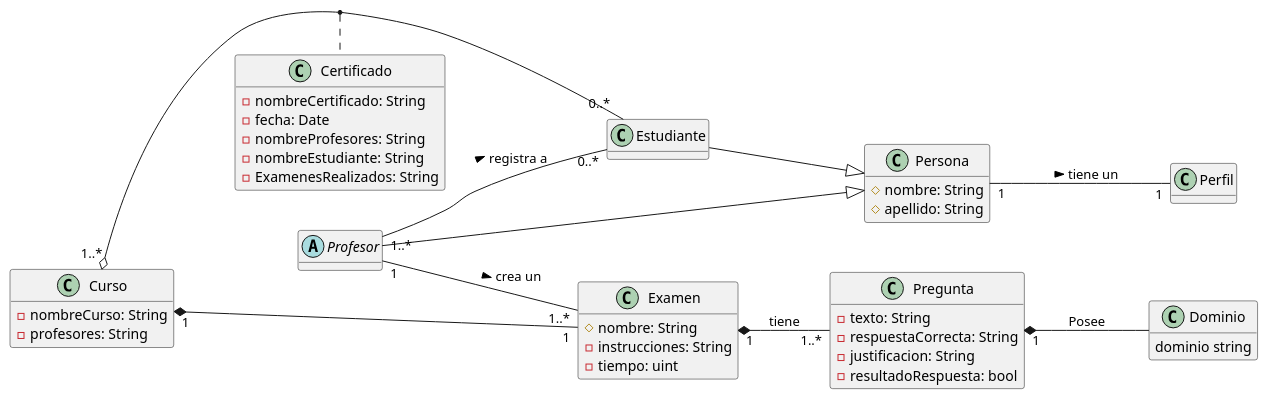
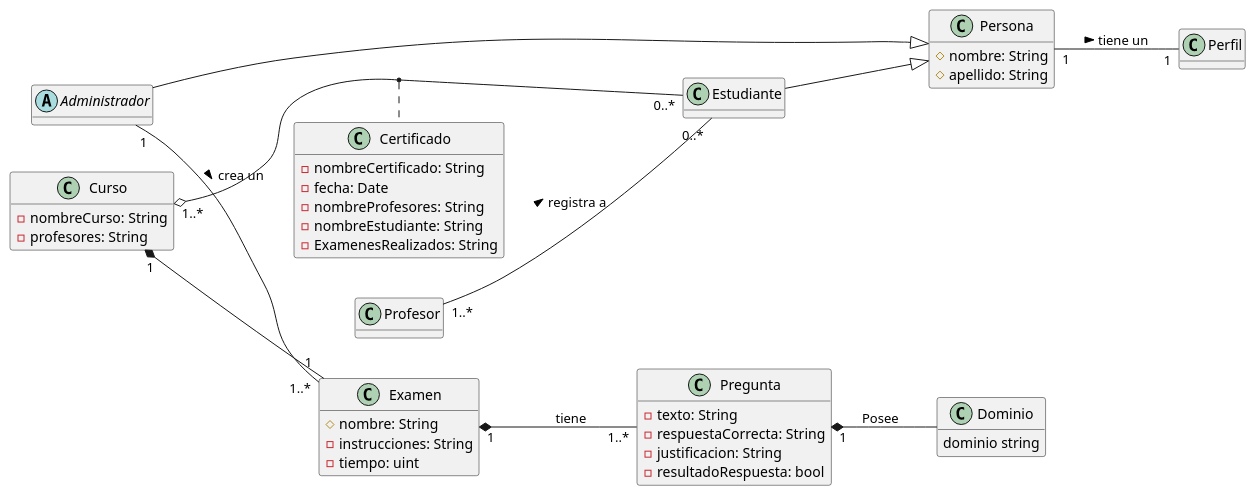
The diagram in docs/scenariosView/DiagramaClases.plantuml (Carverz/IS-022023_Proyecto-Grupo-4), drawn with PlantUML before and after one commit. The commit also changed 1 other file, not shown here.

Commit message:
Arreglo diagrama de clase

```diff
--- a/docs/scenariosView/DiagramaClases.plantuml
+++ b/docs/scenariosView/DiagramaClases.plantuml
@@ -1,65 +1,65 @@
 @startuml Class
 left to right direction
 skinparam Nodesep 40
 skinparam boxsize 100 50
 skinparam noteBackgroundColor transparent
 skinparam noteBorderColor transparent
 hide methods
 
 class Persona{
   # nombre: String
   # apellido: String
 }
 
 class Estudiante {
 
 }
 
 class Perfil{
 }
 
-abstract Profesor {
+abstract Administrador {
 }
 
 class Examen {
   # nombre: String
   - instrucciones: String
   - tiempo: uint
 }
 
 class Pregunta {
   - texto: String
   - respuestaCorrecta: String
   - justificacion: String
   - resultadoRespuesta: bool
 }
 
 class Certificado {
   - nombreCertificado: String
   - fecha: Date
   - nombreProfesores: String
   - nombreEstudiante: String
   - ExamenesRealizados: String
 }
 
 class Curso{
   - nombreCurso: String
   - profesores: String
 }
 
 class Dominio{
   dominio string 
 }
 
-Profesor --|> Persona
+Administrador --|> Persona
 Estudiante --|> Persona
 Curso "1..*" o-- "0..*" Estudiante
 Curso "1" *-- "1" Examen
 Persona "1" -- "1" Perfil : tiene un >
-Profesor "1" -- "1..*" Examen : crea un >
+Administrador "1" -- "1..*" Examen : crea un >
 Examen "1" *-- "1..*" Pregunta : tiene
 Profesor "1..*" -- "0..*" Estudiante : registra a > 
 Pregunta "1" *-- Dominio: Posee
 (Curso,Estudiante) . Certificado
 
 @enduml
```
